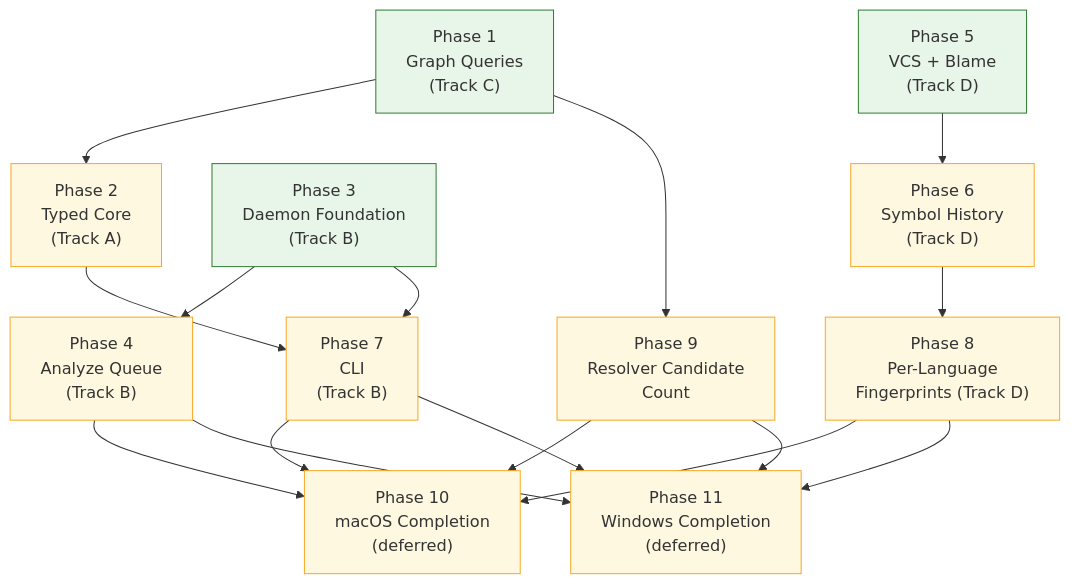
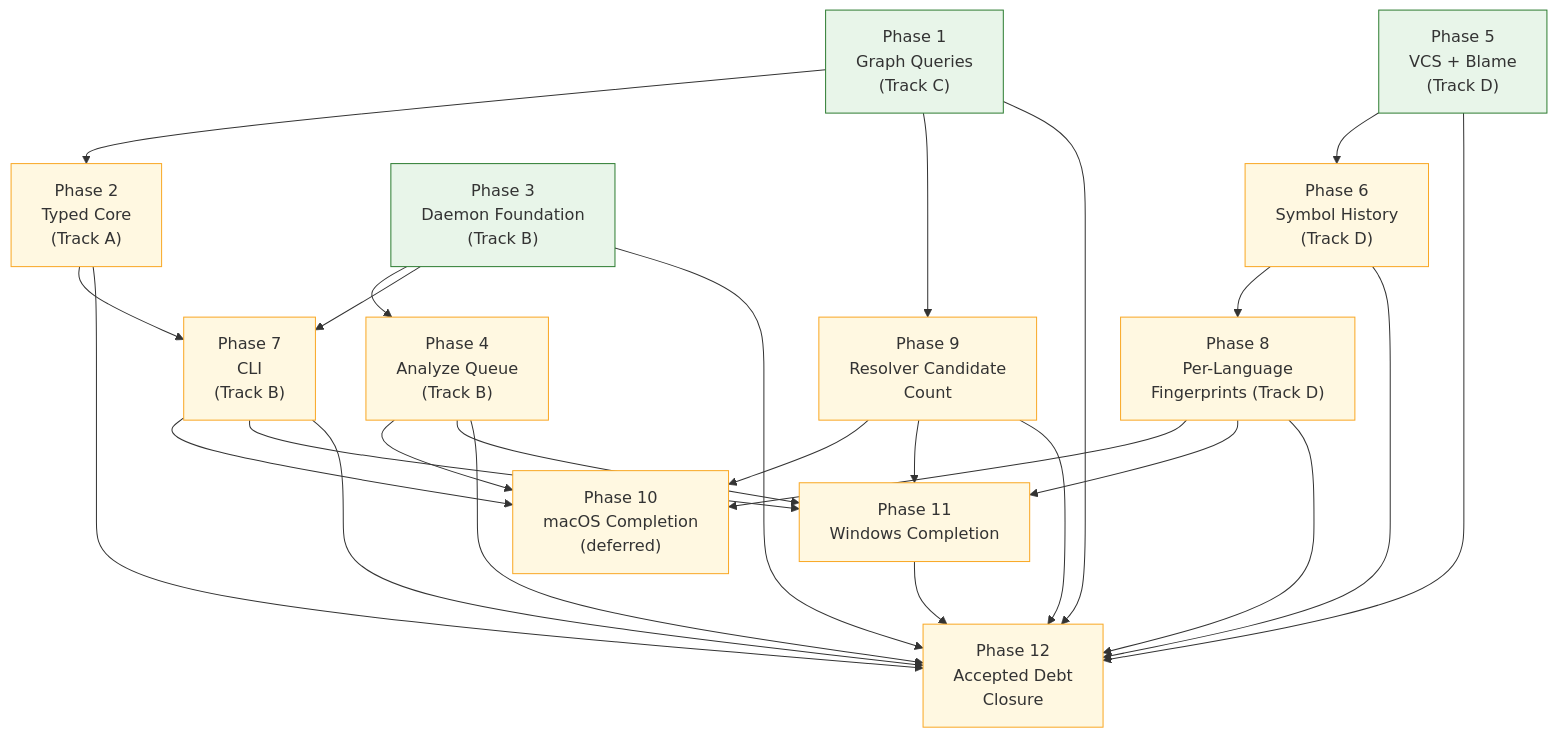
Before and after one commit to danweinerdev/code-graph-mcp: the first of 2 diagrams in .plans/Plans/GraphPlatformExpansion/README.md, drawn with Mermaid. The commit also changed other lines of this file and 2 other files, not shown here.

Commit message:
docs(plan): add accepted debt closure phase

````diff
--- a/.plans/Plans/GraphPlatformExpansion/README.md
+++ b/.plans/Plans/GraphPlatformExpansion/README.md
@@ -148,35 +157,46 @@
 ```mermaid
 graph TD
     P1["Phase 1<br/>Graph Queries<br/>(Track C)"]
     P2["Phase 2<br/>Typed Core<br/>(Track A)"]
     P3["Phase 3<br/>Daemon Foundation<br/>(Track B)"]
     P4["Phase 4<br/>Analyze Queue<br/>(Track B)"]
     P5["Phase 5<br/>VCS + Blame<br/>(Track D)"]
     P6["Phase 6<br/>Symbol History<br/>(Track D)"]
     P7["Phase 7<br/>CLI<br/>(Track B)"]
     P8["Phase 8<br/>Per-Language<br/>Fingerprints (Track D)"]
     P9["Phase 9<br/>Resolver Candidate<br/>Count"]
     P10["Phase 10<br/>macOS Completion<br/>(deferred)"]
-    P11["Phase 11<br/>Windows Completion<br/>(deferred)"]
+    P11["Phase 11<br/>Windows Completion"]
+    P12["Phase 12<br/>Accepted Debt<br/>Closure"]
 
     P1 --> P2
     P3 --> P4
     P5 --> P6
     P2 --> P7
     P3 --> P7
     P6 --> P8
     P1 --> P9
     P4 --> P10
     P7 --> P10
     P8 --> P10
     P9 --> P10
     P4 --> P11
     P7 --> P11
     P8 --> P11
     P9 --> P11
+    P1 --> P12
+    P2 --> P12
+    P3 --> P12
+    P4 --> P12
+    P5 --> P12
+    P6 --> P12
+    P7 --> P12
+    P8 --> P12
+    P9 --> P12
+    P11 --> P12
 
     classDef free fill:#e8f5e9,stroke:#2e7d32
     classDef gated fill:#fff8e1,stroke:#f9a825
     class P1,P3,P5 free
-    class P2,P4,P6,P7,P8,P9,P10,P11 gated
+    class P2,P4,P6,P7,P8,P9,P10,P11,P12 gated
 ```
````
